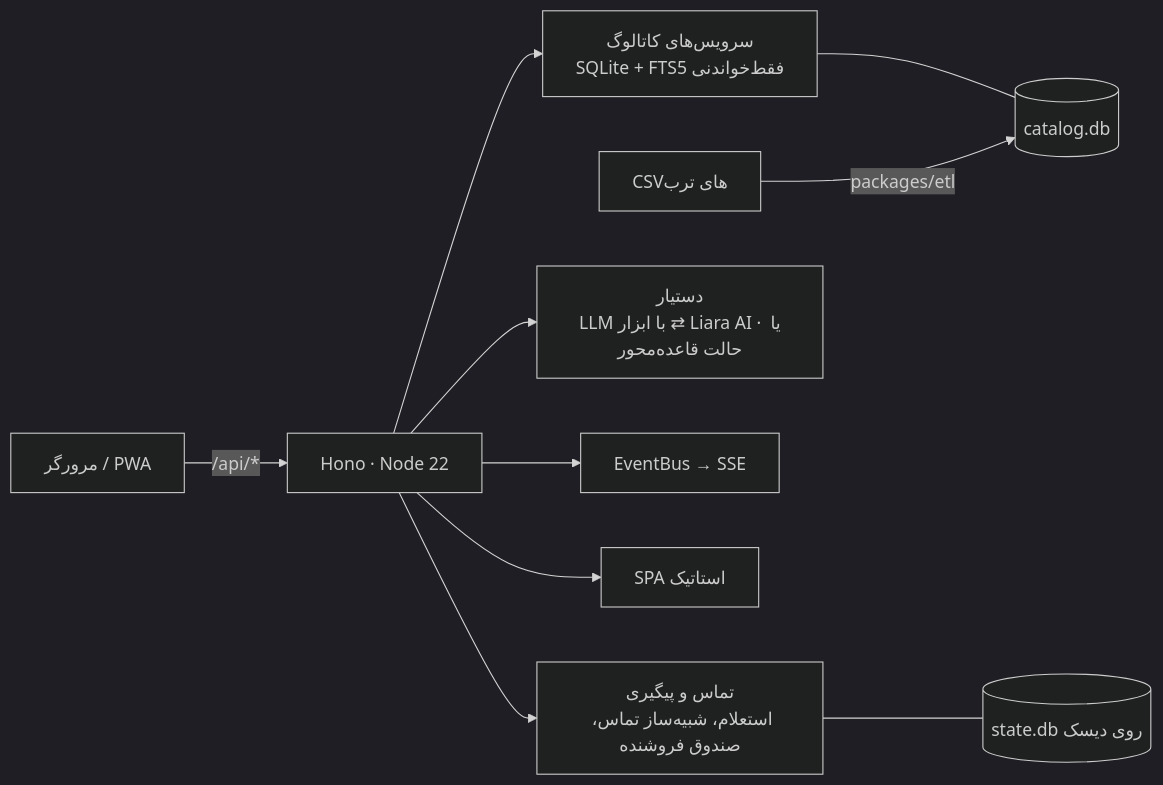
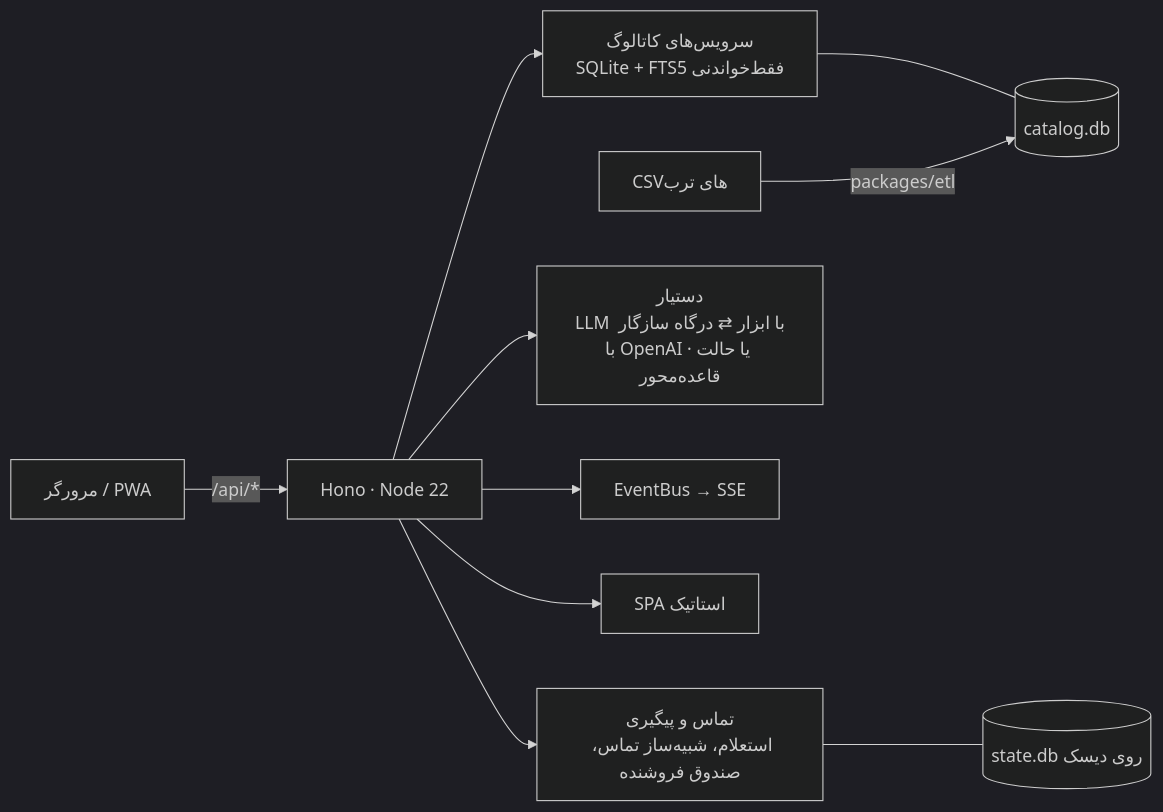
Before and after one commit to abmohajeri/torob-in-the-loop: the diagram in README.md, drawn with Mermaid (dark theme). The commit also changed other lines of this file and 3 other files, not shown here.

````diff
--- a/README.md
+++ b/README.md
@@ -30,12 +32,12 @@
 ```mermaid
 flowchart LR
   B[مرورگر / PWA] -->|/api/*| H[Hono · Node 22]
   H --> S[سرویس‌های کاتالوگ<br/>SQLite + FTS5 فقط‌خواندنی]
   H --> C[تماس و پیگیری<br/>استعلام، شبیه‌ساز تماس، صندوق فروشنده]
-  H --> A[دستیار<br/>LLM با ابزار ⇄ Liara AI · یا حالت قاعده‌محور]
+  H --> A[دستیار<br/>LLM با ابزار ⇄ درگاه سازگار با OpenAI · یا حالت قاعده‌محور]
   H --> E[EventBus → SSE]
   H --> W[SPA استاتیک]
   S --- CDB[(catalog.db)]
   C --- SDB[(state.db روی دیسک)]
   D[CSVهای ترب] -->|packages/etl| CDB
 ```
````
